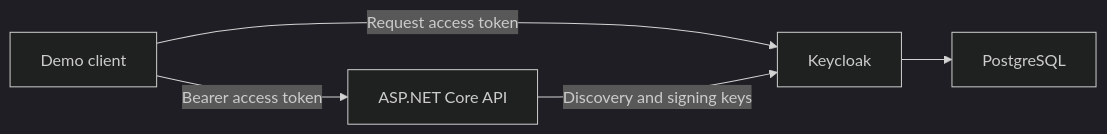
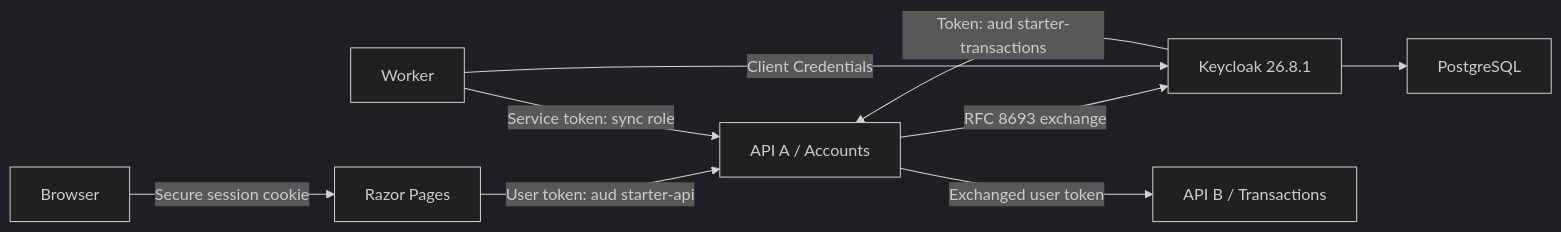
Before and after one commit to AamiriYouness/dotnet-keycloak-starter: the diagram in README.md, drawn with Mermaid (dark theme). The commit also changed other lines of this file and 4 other files, not shown here.

Commit message:
docs: explain OAuth flows, trust boundaries and local setup

```diff
--- a/README.md
+++ b/README.md
@@ -9,7 +9,11 @@
 ~~~mermaid
 flowchart LR
-    Client[Demo client] -->|Request access token| Keycloak
-    Keycloak --> PostgreSQL
-    Client -->|Bearer access token| API[ASP.NET Core API]
-    API -->|Discovery and signing keys| Keycloak
+    Browser -->|Secure session cookie| Web[Razor Pages]
+    Web -->|User token: aud starter-api| A[API A / Accounts]
+    A -->|RFC 8693 exchange| KC[Keycloak 26.8.1]
+    KC -->|Token: aud starter-transactions| A
+    A -->|Exchanged user token| B[API B / Transactions]
+    Worker -->|Client Credentials| KC
+    Worker -->|Service token: sync role| A
+    KC --> PostgreSQL
 ~~~
```
